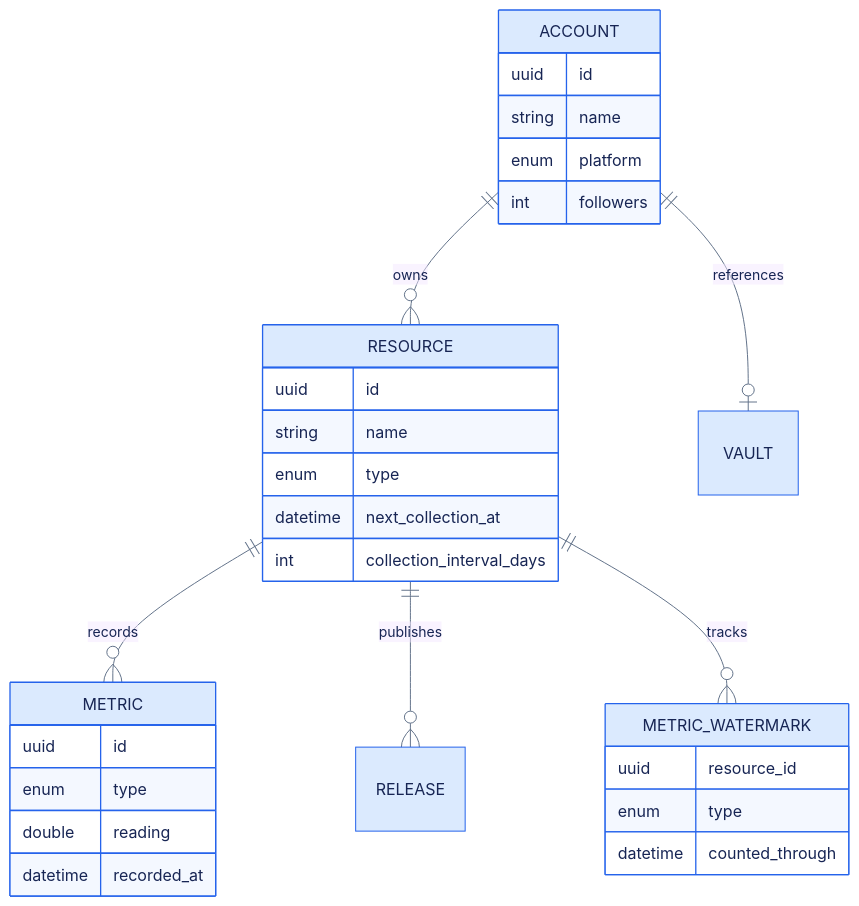
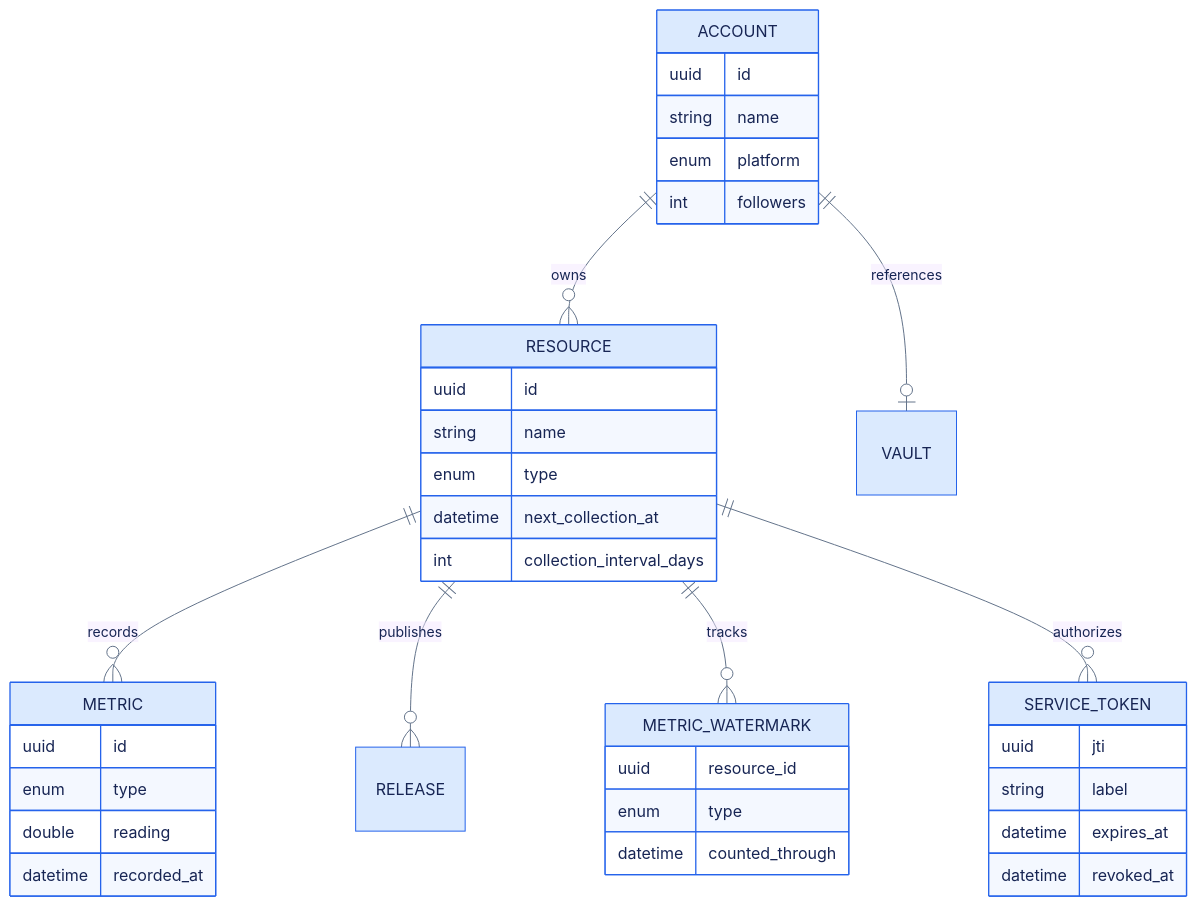
Before and after one commit to ICICLE-ai/icicle-insights: the second of 2 diagrams in README.md, drawn with Mermaid. The commit also changed other lines of this file and 7 other files, not shown here.

````diff
--- a/README.md
+++ b/README.md
@@ -232,34 +263,41 @@
 ```mermaid
 %%{init: {"theme":"base","themeVariables":{"primaryColor":"#DBEAFE","primaryTextColor":"#172554","primaryBorderColor":"#2563EB","secondaryColor":"#DCFCE7","secondaryTextColor":"#14532D","secondaryBorderColor":"#16A34A","tertiaryColor":"#F3E8FF","tertiaryTextColor":"#581C87","tertiaryBorderColor":"#9333EA","lineColor":"#64748B","noteBkgColor":"#FEF3C7","noteTextColor":"#78350F","actorBkg":"#E0E7FF","actorBorder":"#4F46E5","actorTextColor":"#1E1B4B","signalColor":"#475569","signalTextColor":"#334155"}}}%%
 erDiagram
     ACCOUNT ||--o{ RESOURCE : owns
     ACCOUNT ||--o| VAULT : references
     RESOURCE ||--o{ METRIC : records
     RESOURCE ||--o{ RELEASE : publishes
     RESOURCE ||--o{ METRIC_WATERMARK : tracks
+    RESOURCE ||--o{ SERVICE_TOKEN : authorizes
 
     ACCOUNT {
         uuid id
         string name
         enum platform
         int followers
     }
     RESOURCE {
         uuid id
         string name
         enum type
         datetime next_collection_at
         int collection_interval_days
     }
     METRIC {
         uuid id
         enum type
         double reading
         datetime recorded_at
     }
     METRIC_WATERMARK {
         uuid resource_id
         enum type
         datetime counted_through
     }
+    SERVICE_TOKEN {
+        uuid jti
+        string label
+        datetime expires_at
+        datetime revoked_at
+    }
 ```
````
